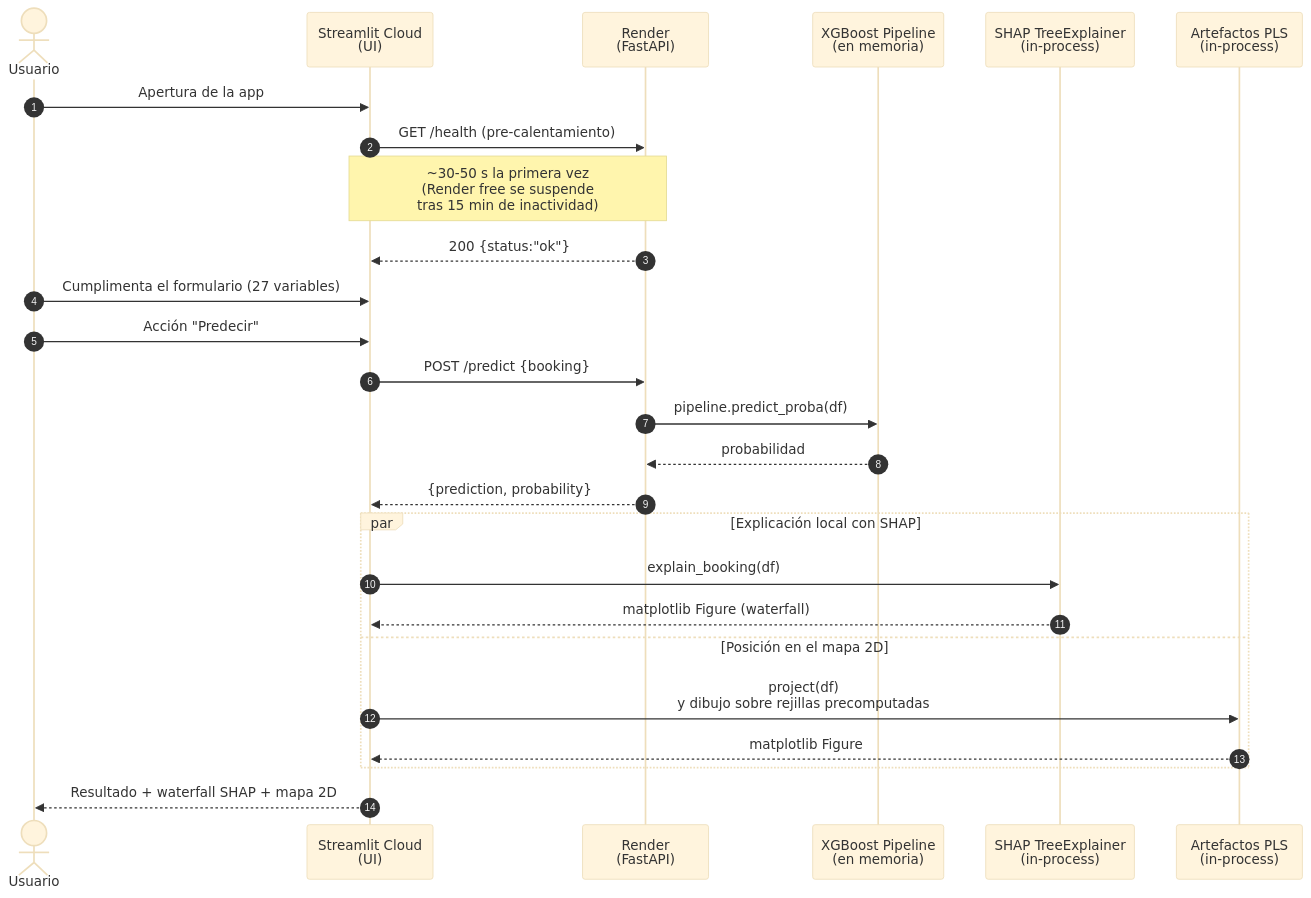
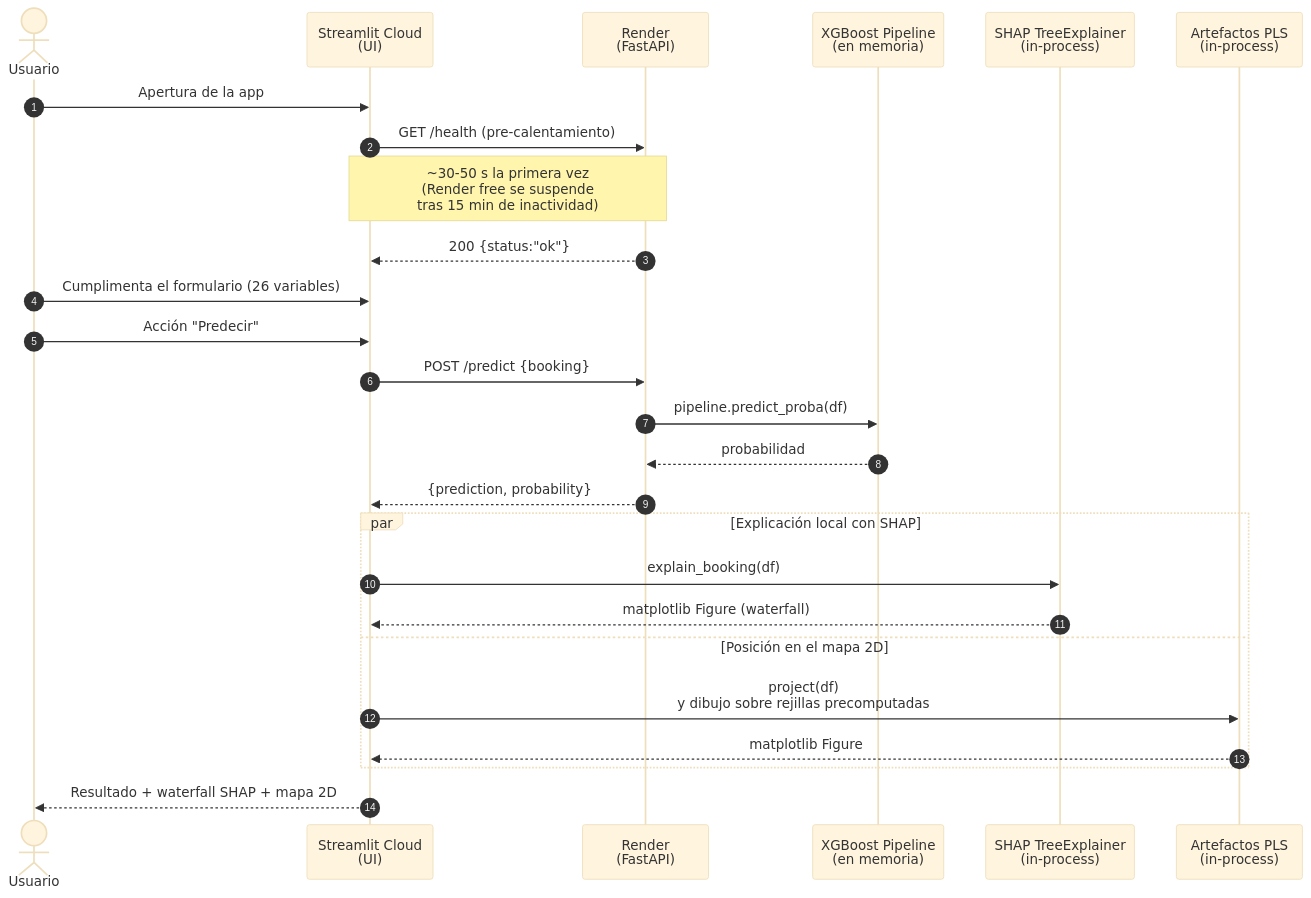
The second of 2 diagrams in docs/arquitectura.md (manupm87/pontia-ml), drawn with Mermaid before and after one commit. The commit also changed other lines of this file and 42 other files, not shown here.

````diff
--- a/docs/arquitectura.md
+++ b/docs/arquitectura.md
@@ -100,33 +100,33 @@
 ```mermaid
 %%{init: {'theme':'base','themeVariables':{'fontSize':'13px'}}}%%
 sequenceDiagram
     autonumber
     actor U as Usuario
     participant SC as Streamlit Cloud<br/>(UI)
     participant API as Render<br/>(FastAPI)
     participant M as XGBoost Pipeline<br/>(en memoria)
     participant SH as SHAP TreeExplainer<br/>(in-process)
     participant PL as Artefactos PLS<br/>(in-process)
 
     U->>SC: Apertura de la app
     SC->>API: GET /health (pre-calentamiento)
     Note over SC,API: ~30-50 s la primera vez<br/>(Render free se suspende<br/>tras 15 min de inactividad)
     API-->>SC: 200 {status:"ok"}
 
-    U->>SC: Cumplimenta el formulario (27 variables)
+    U->>SC: Cumplimenta el formulario (26 variables)
     U->>SC: Acción "Predecir"
     SC->>API: POST /predict {booking}
     API->>M: pipeline.predict_proba(df)
     M-->>API: probabilidad
     API-->>SC: {prediction, probability}
 
     par Explicación local con SHAP
         SC->>SH: explain_booking(df)
         SH-->>SC: matplotlib Figure (waterfall)
     and Posición en el mapa 2D
         SC->>PL: project(df)<br/>y dibujo sobre rejillas precomputadas
         PL-->>SC: matplotlib Figure
     end
 
     SC-->>U: Resultado + waterfall SHAP + mapa 2D
 ```
````
